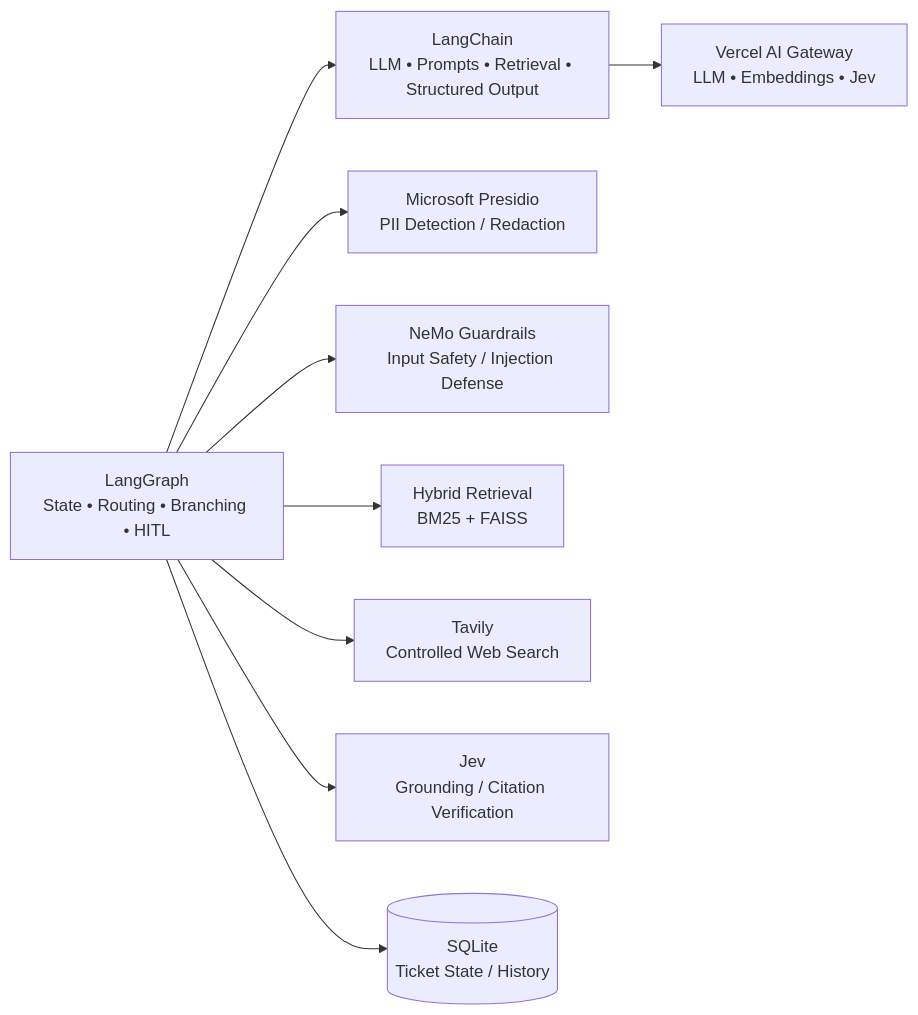
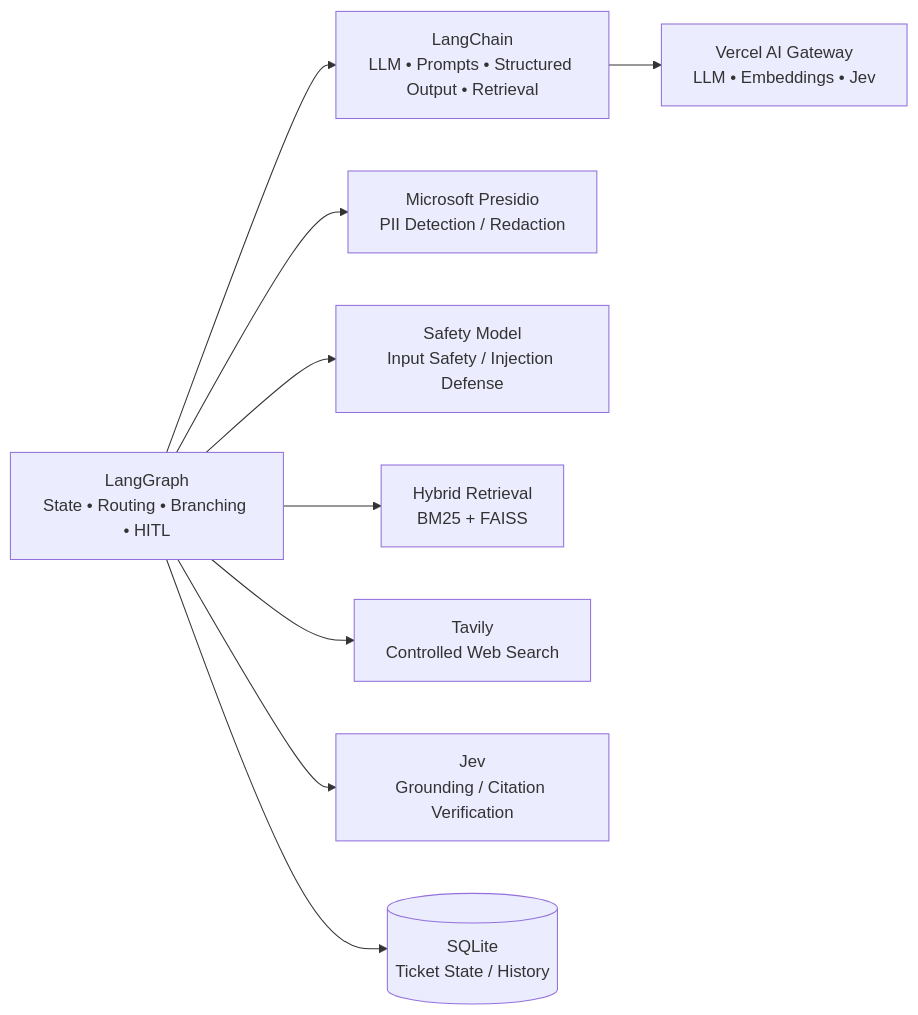
Before and after one commit to AlienXc137/Support-Ticket-Ai-Agent-with-RAG-Guardrails-and-Jev: the second of 2 diagrams in README.md, drawn with Mermaid. The commit also changed other lines of this file and 2 other files, not shown here.

````diff
--- a/README.md
+++ b/README.md
@@ -76,21 +79,21 @@
 ```mermaid
 flowchart LR
     LG[LangGraph<br/>State • Routing • Branching • HITL]
-    LC[LangChain<br/>LLM • Prompts • Retrieval • Structured Output]
+    LC[LangChain<br/>LLM • Prompts • Structured Output • Retrieval]
     VG[Vercel AI Gateway<br/>LLM • Embeddings • Jev]
     PR[Microsoft Presidio<br/>PII Detection / Redaction]
-    NG[NeMo Guardrails<br/>Input Safety / Injection Defense]
+    SG[Safety Model<br/>Input Safety / Injection Defense]
     RAG[Hybrid Retrieval<br/>BM25 + FAISS]
     TV[Tavily<br/>Controlled Web Search]
     JV[Jev<br/>Grounding / Citation Verification]
     DB[(SQLite<br/>Ticket State / History)]
 
     LG --> LC
     LG --> PR
-    LG --> NG
+    LG --> SG
     LG --> RAG
     LG --> TV
     LG --> JV
     LG --> DB
     LC --> VG
 ```
````
